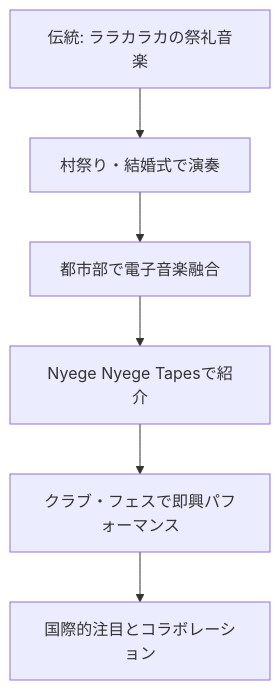
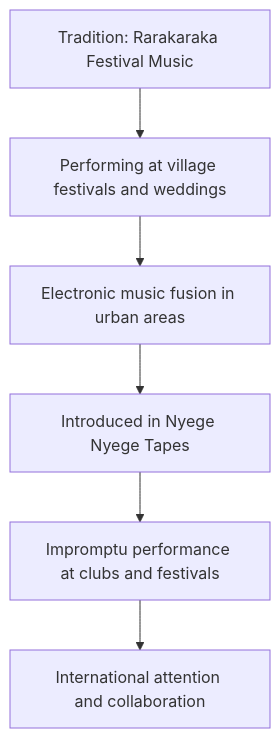
One commit to monumental-movement/monumental-movement.github.io changed the third of 6 diagrams in en/_posts/2025-10-04-Column-Nyege-Nyege.md. Above: the diagram before and after it, drawn with Mermaid. The commit also changed other lines of this file and 152 other files, not shown here.

```diff
--- a/en/_posts/2025-10-04-Column-Nyege-Nyege.md
+++ b/en/_posts/2025-10-04-Column-Nyege-Nyege.md
@@ -178,10 +178,10 @@
 <div class="mermaid">
 
 flowchart TD
-    A["伝統: ララカラカの祭礼音楽"] --> B["村祭り・結婚式で演奏"]
-    B --> C["都市部で電子音楽融合"]
-    C --> D["Nyege Nyege Tapesで紹介"]
-    D --> E["クラブ・フェスで即興パフォーマンス"]
-    E --> F["国際的注目とコラボレーション"]
+    A["Tradition: Rarakaraka Festival Music"] --> B["Performing at village festivals and weddings"]
+    B --> C["Electronic music fusion in urban areas"]
+    C --> D["Introduced in Nyege Nyege Tapes"]
+    D --> E["Impromptu performance at clubs and festivals"]
+    E --> F["International attention and collaboration"]
 
 </div>
```
